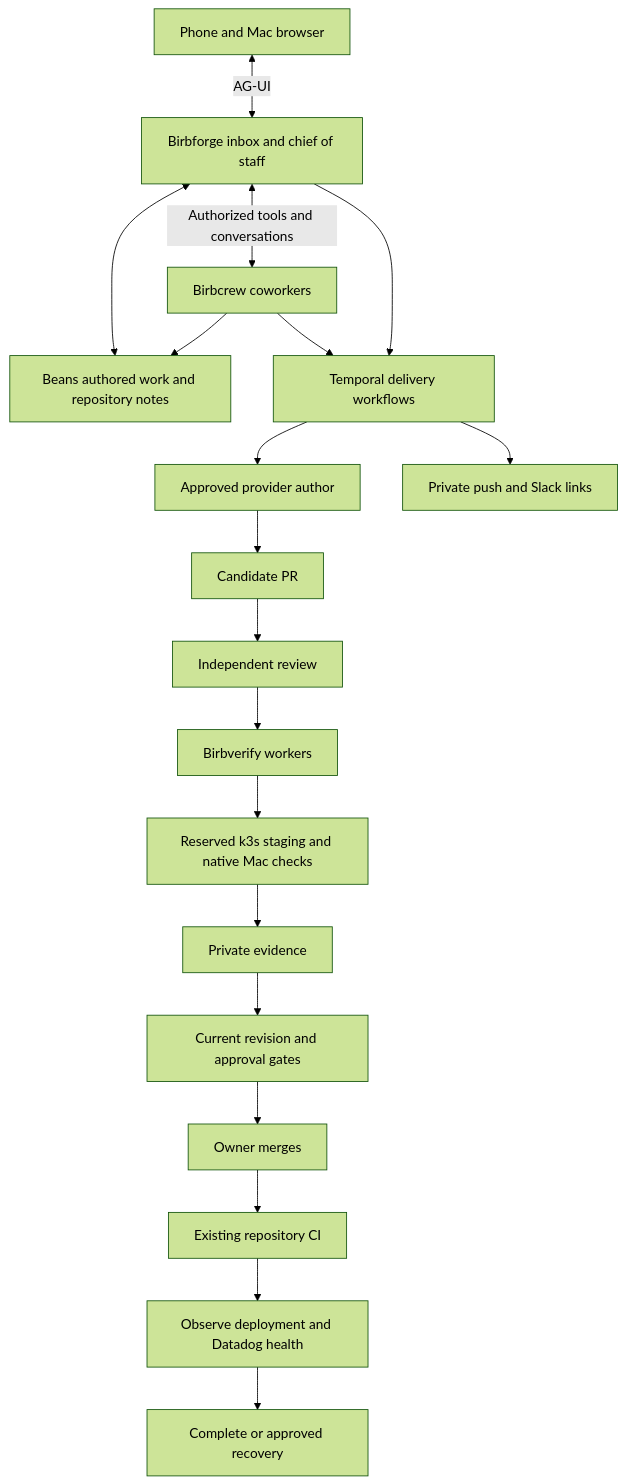
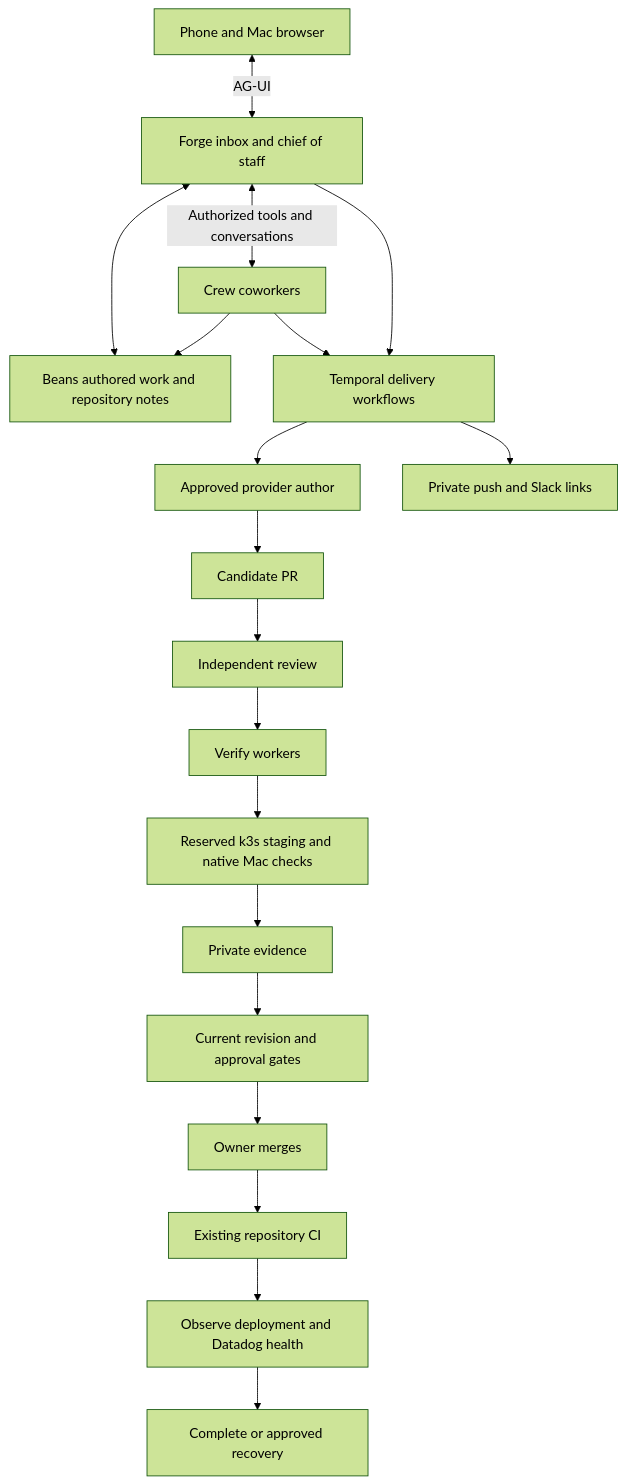
One commit to mattsp1290/birbforge changed the diagram in docs/design-checkpoint.md. Above: the diagram before and after it, drawn with Mermaid (forest theme). The commit also changed other lines of this file and 84 other files, not shown here.

Commit message:
chore: rename Forge and canonical Crew Verify references (#17)

````diff
--- a/docs/design-checkpoint.md
+++ b/docs/design-checkpoint.md
@@ -43,21 +43,21 @@
 ```mermaid
 flowchart TD
-    U[Phone and Mac browser] <-->|AG-UI| F[Birbforge inbox and chief of staff]
-    F <-->|Authorized tools and conversations| C[Birbcrew coworkers]
+    U[Phone and Mac browser] <-->|AG-UI| F[Forge inbox and chief of staff]
+    F <-->|Authorized tools and conversations| C[Crew coworkers]
     C --> B[Beans authored work and repository notes]
     F <--> B
     F --> T[Temporal delivery workflows]
     C --> T
     T --> A[Approved provider author]
     A --> P[Candidate PR]
     P --> R[Independent review]
-    R --> V[Birbverify workers]
+    R --> V[Verify workers]
     V --> S[Reserved k3s staging and native Mac checks]
     S --> E[Private evidence]
     E --> G[Current revision and approval gates]
     G --> M[Owner merges]
     M --> CI[Existing repository CI]
     CI --> H[Observe deployment and Datadog health]
     H --> D[Complete or approved recovery]
     T --> N[Private push and Slack links]
 ```
````
